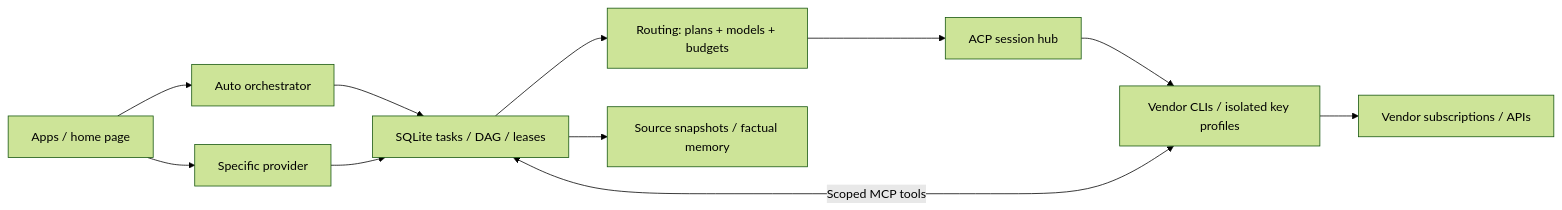
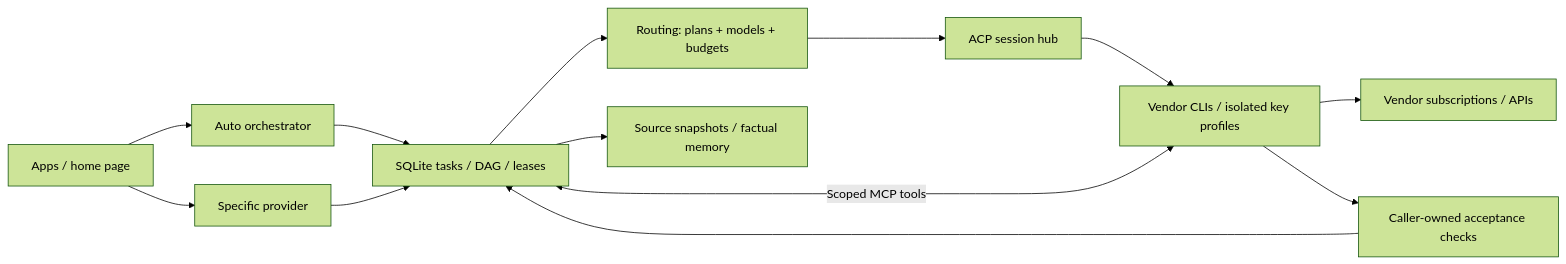
Before and after one commit to briq-cloud/agent-home: the diagram in README.md, drawn with Mermaid (forest theme). The commit also changed other lines of this file and 29 other files, not shown here.

````diff
--- a/README.md
+++ b/README.md
@@ -28,13 +31,15 @@
 ```mermaid
 flowchart LR
   App[Apps / home page] --> Direct[Specific provider]
   App --> Auto[Auto orchestrator]
   Auto --> Tasks[SQLite tasks / DAG / leases]
   Tasks --> Router[Routing: plans + models + budgets]
   Tasks --> Context[Source snapshots / factual memory]
   Router --> Hub[ACP session hub]
   Direct --> Tasks
   Hub --> CLI[Vendor CLIs / isolated key profiles]
   CLI --> Vendor[Vendor subscriptions / APIs]
   CLI <-->|Scoped MCP tools| Tasks
+  CLI --> Verify[Caller-owned acceptance checks]
+  Verify --> Tasks
 ```
````
